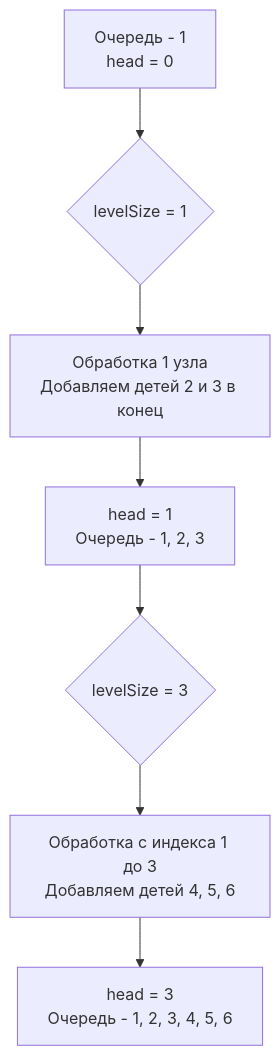
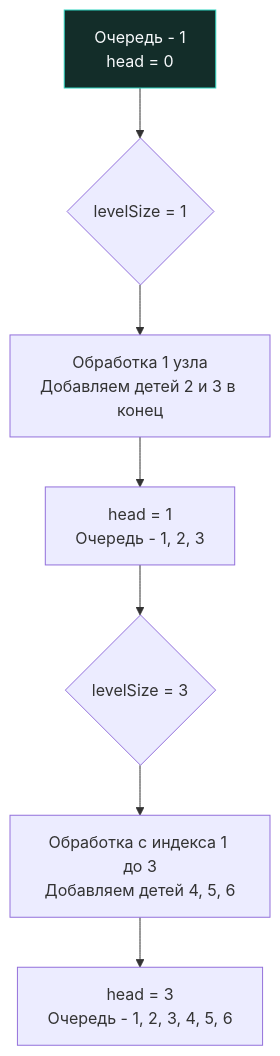
The diagram in sources/21. Задачи с LeetCode и собеседований на Go/02. Задачи/12. Поиск в ширину BFS/3. Binary Tree Level Order Traversal.md (UnrealTemplier/go-textbook), drawn with Mermaid before and after one commit. The commit also changed 1666 other files, not shown here.

First line of the commit message:
feat(mermaid): add semantic color classDef to 1369 colorless flowchart/graph diagrams

````diff
--- a/sources/21. Задачи с LeetCode и собеседований на Go/02. Задачи/12. Поиск в ширину BFS/3. Binary Tree Level Order Traversal.md
+++ b/sources/21. Задачи с LeetCode и собеседований на Go/02. Задачи/12. Поиск в ширину BFS/3. Binary Tree Level Order Traversal.md
@@ -60,10 +60,20 @@
 ```mermaid
 flowchart TD
-    A["Очередь - 1<br>head = 0"] --> B{"levelSize = 1"}
+    classDef process  fill:#1e293b,stroke:#38bdf8,stroke-width:1px,color:#f8fafc
+    classDef success  fill:#064e3b,stroke:#34d399,stroke-width:1px,color:#f8fafc
+    classDef error    fill:#7f1d1d,stroke:#f87171,stroke-width:1px,color:#f8fafc
+    classDef warning  fill:#78350f,stroke:#fbbf24,stroke-width:1px,color:#f8fafc
+    classDef entry    fill:#1e3a5f,stroke:#38bdf8,stroke-width:2px,color:#f8fafc
+    classDef aux      fill:#334155,stroke:#64748b,stroke-width:1px,color:#f8fafc
+    classDef system   fill:#312e81,stroke:#a78bfa,stroke-width:1px,color:#f8fafc
+    classDef data     fill:#132d29,stroke:#2dd4bf,stroke-width:1px,color:#f8fafc
+    classDef network  fill:#881337,stroke:#fb7185,stroke-width:1px,color:#f8fafc
+    classDef accent   fill:#1e1b4b,stroke:#818cf8,stroke-width:1px,color:#f8fafc
+    A["Очередь - 1<br>head = 0"]:::data --> B{"levelSize = 1"}
     B --> C["Обработка 1 узла<br>Добавляем детей 2 и 3 в конец"]
     C --> D["head = 1<br>Очередь - 1, 2, 3"]
     
     D --> E{"levelSize = 3"}
     E --> F["Обработка с индекса 1 до 3<br>Добавляем детей 4, 5, 6"]
     F --> G["head = 3<br>Очередь - 1, 2, 3, 4, 5, 6"]
 ```
````
